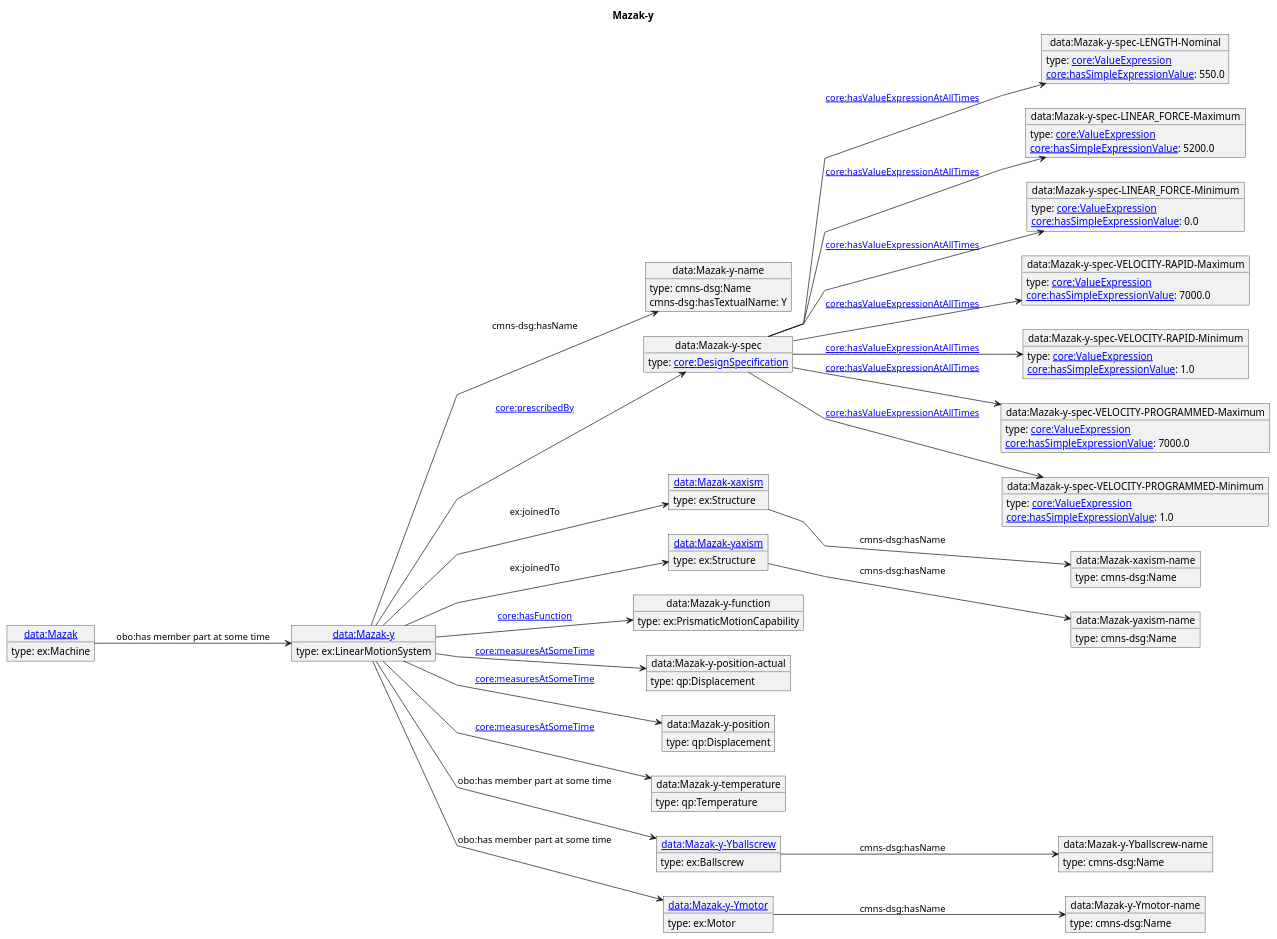
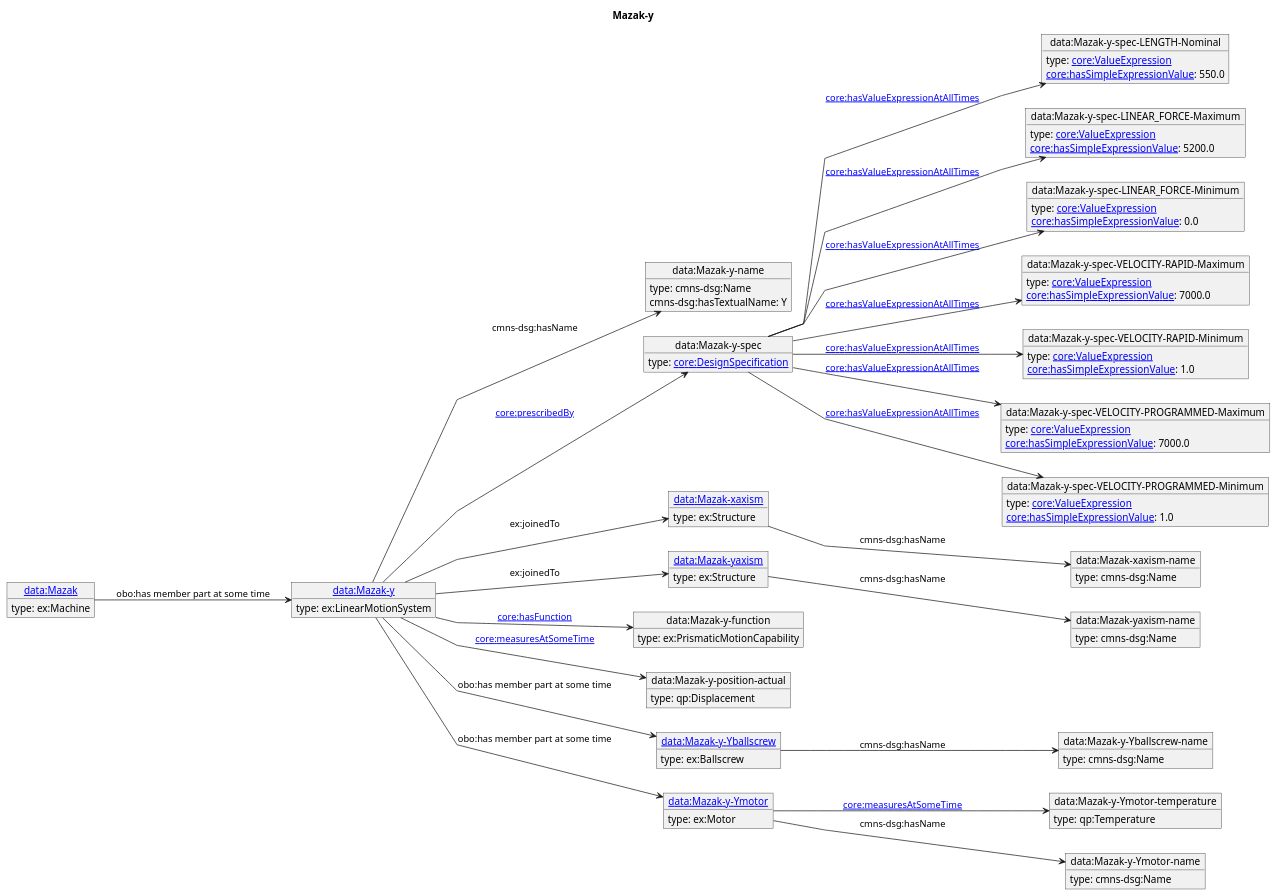
One commit to iofoundry/example-syseng-mtconnect changed the diagram in diagrams/Mazak-y.puml. Above: the diagram before and after it, drawn with PlantUML. The commit also changed 25 other files, not shown here.

```diff
--- a/diagrams/Mazak-y.puml
+++ b/diagrams/Mazak-y.puml
@@ -1,104 +1,100 @@
 @startuml
 skinparam linetype polyline
 left to right direction
 title Mazak-y
 object "[[./Mazak-y.html data:Mazak-y]]" as o1 {
  type: ex:LinearMotionSystem 
 }
 object "data:Mazak-y-name" as o2 {
  type: cmns-dsg:Name 
 }
 object "data:Mazak-y-spec" as o3 {
  type: [[https://spec.industrialontologies.org/ontology/core/Core/DesignSpecification core:DesignSpecification]] 
 }
 object "data:Mazak-y-spec-LENGTH-Nominal" as o4 {
  type: [[https://spec.industrialontologies.org/ontology/core/Core/ValueExpression core:ValueExpression]] 
 }
 object "data:Mazak-y-spec-LINEAR_FORCE-Maximum" as o5 {
  type: [[https://spec.industrialontologies.org/ontology/core/Core/ValueExpression core:ValueExpression]] 
 }
 object "data:Mazak-y-spec-LINEAR_FORCE-Minimum" as o6 {
  type: [[https://spec.industrialontologies.org/ontology/core/Core/ValueExpression core:ValueExpression]] 
 }
 object "data:Mazak-y-spec-VELOCITY-RAPID-Maximum" as o7 {
  type: [[https://spec.industrialontologies.org/ontology/core/Core/ValueExpression core:ValueExpression]] 
 }
 object "data:Mazak-y-spec-VELOCITY-RAPID-Minimum" as o8 {
  type: [[https://spec.industrialontologies.org/ontology/core/Core/ValueExpression core:ValueExpression]] 
 }
 object "data:Mazak-y-spec-VELOCITY-PROGRAMMED-Maximum" as o9 {
  type: [[https://spec.industrialontologies.org/ontology/core/Core/ValueExpression core:ValueExpression]] 
 }
 object "data:Mazak-y-spec-VELOCITY-PROGRAMMED-Minimum" as o10 {
  type: [[https://spec.industrialontologies.org/ontology/core/Core/ValueExpression core:ValueExpression]] 
 }
 object "[[./Mazak-xaxism.html data:Mazak-xaxism]]" as o11 {
  type: ex:Structure 
 }
 object "data:Mazak-xaxism-name" as o12 {
  type: cmns-dsg:Name 
 }
 object "[[./Mazak-yaxism.html data:Mazak-yaxism]]" as o13 {
  type: ex:Structure 
 }
 object "data:Mazak-yaxism-name" as o14 {
  type: cmns-dsg:Name 
 }
 object "data:Mazak-y-function" as o15 {
  type: ex:PrismaticMotionCapability 
 }
 object "data:Mazak-y-position-actual" as o16 {
  type: qp:Displacement 
 }
-object "data:Mazak-y-position" as o17 {
- type: qp:Displacement 
+object "[[./Mazak-y-Yballscrew.html data:Mazak-y-Yballscrew]]" as o17 {
+ type: ex:Ballscrew 
 }
-object "data:Mazak-y-temperature" as o18 {
+object "data:Mazak-y-Yballscrew-name" as o18 {
+ type: cmns-dsg:Name 
+}
+object "[[./Mazak-y-Ymotor.html data:Mazak-y-Ymotor]]" as o19 {
+ type: ex:Motor 
+}
+object "data:Mazak-y-Ymotor-temperature" as o20 {
  type: qp:Temperature 
 }
-object "[[./Mazak-y-Yballscrew.html data:Mazak-y-Yballscrew]]" as o19 {
- type: ex:Ballscrew 
-}
-object "data:Mazak-y-Yballscrew-name" as o20 {
+object "data:Mazak-y-Ymotor-name" as o21 {
  type: cmns-dsg:Name 
 }
-object "[[./Mazak-y-Ymotor.html data:Mazak-y-Ymotor]]" as o21 {
- type: ex:Motor 
-}
-object "data:Mazak-y-Ymotor-name" as o22 {
- type: cmns-dsg:Name 
-}
-object "[[./Mazak.html data:Mazak]]" as o23 {
+object "[[./Mazak.html data:Mazak]]" as o22 {
  type: ex:Machine 
 }
 o1 --> o2 : cmns-dsg:hasName
 o2 : cmns-dsg:hasTextualName: Y
 o1 --> o3 : [[https://spec.industrialontologies.org/ontology/core/Core/prescribedBy core:prescribedBy]]
 o3 --> o4 : [[https://spec.industrialontologies.org/ontology/core/Core/hasValueExpressionAtAllTimes core:hasValueExpressionAtAllTimes]]
 o4 : [[https://spec.industrialontologies.org/ontology/core/Core/hasSimpleExpressionValue core:hasSimpleExpressionValue]]: 550.0
 o3 --> o5 : [[https://spec.industrialontologies.org/ontology/core/Core/hasValueExpressionAtAllTimes core:hasValueExpressionAtAllTimes]]
 o5 : [[https://spec.industrialontologies.org/ontology/core/Core/hasSimpleExpressionValue core:hasSimpleExpressionValue]]: 5200.0
 o3 --> o6 : [[https://spec.industrialontologies.org/ontology/core/Core/hasValueExpressionAtAllTimes core:hasValueExpressionAtAllTimes]]
 o6 : [[https://spec.industrialontologies.org/ontology/core/Core/hasSimpleExpressionValue core:hasSimpleExpressionValue]]: 0.0
 o3 --> o7 : [[https://spec.industrialontologies.org/ontology/core/Core/hasValueExpressionAtAllTimes core:hasValueExpressionAtAllTimes]]
 o7 : [[https://spec.industrialontologies.org/ontology/core/Core/hasSimpleExpressionValue core:hasSimpleExpressionValue]]: 7000.0
 o3 --> o8 : [[https://spec.industrialontologies.org/ontology/core/Core/hasValueExpressionAtAllTimes core:hasValueExpressionAtAllTimes]]
 o8 : [[https://spec.industrialontologies.org/ontology/core/Core/hasSimpleExpressionValue core:hasSimpleExpressionValue]]: 1.0
 o3 --> o9 : [[https://spec.industrialontologies.org/ontology/core/Core/hasValueExpressionAtAllTimes core:hasValueExpressionAtAllTimes]]
 o9 : [[https://spec.industrialontologies.org/ontology/core/Core/hasSimpleExpressionValue core:hasSimpleExpressionValue]]: 7000.0
 o3 --> o10 : [[https://spec.industrialontologies.org/ontology/core/Core/hasValueExpressionAtAllTimes core:hasValueExpressionAtAllTimes]]
 o10 : [[https://spec.industrialontologies.org/ontology/core/Core/hasSimpleExpressionValue core:hasSimpleExpressionValue]]: 1.0
 o1 --> o11 : ex:joinedTo
 o11 --> o12 : cmns-dsg:hasName
 o1 --> o13 : ex:joinedTo
 o13 --> o14 : cmns-dsg:hasName
 o1 --> o15 : [[https://spec.industrialontologies.org/ontology/core/Core/hasFunction core:hasFunction]]
 o1 --> o16 : [[https://spec.industrialontologies.org/ontology/core/Core/measuresAtSomeTime core:measuresAtSomeTime]]
-o1 --> o17 : [[https://spec.industrialontologies.org/ontology/core/Core/measuresAtSomeTime core:measuresAtSomeTime]]
-o1 --> o18 : [[https://spec.industrialontologies.org/ontology/core/Core/measuresAtSomeTime core:measuresAtSomeTime]]
+o1 --> o17 : obo:has member part at some time
+o17 --> o18 : cmns-dsg:hasName
 o1 --> o19 : obo:has member part at some time
-o19 --> o20 : cmns-dsg:hasName
-o1 --> o21 : obo:has member part at some time
-o21 --> o22 : cmns-dsg:hasName
-o23 --> o1 : obo:has member part at some time
+o19 --> o20 : [[https://spec.industrialontologies.org/ontology/core/Core/measuresAtSomeTime core:measuresAtSomeTime]]
+o19 --> o21 : cmns-dsg:hasName
+o22 --> o1 : obo:has member part at some time
 @enduml
```
